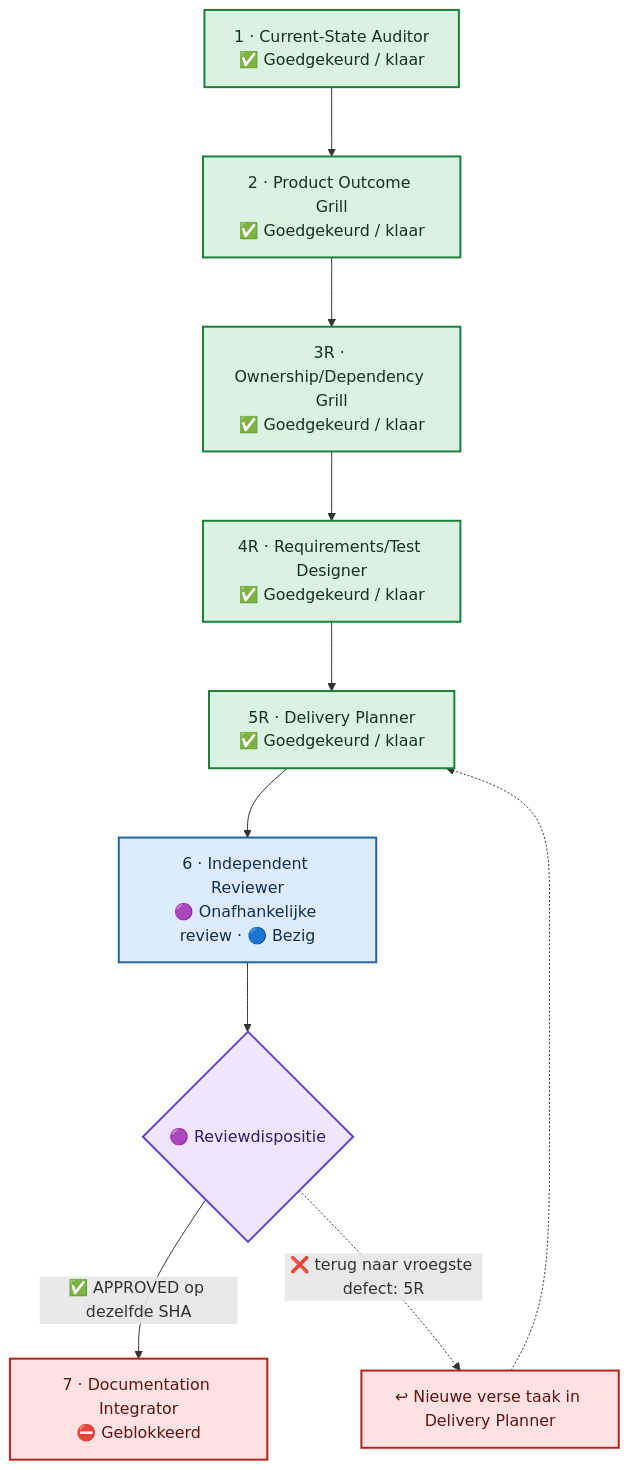
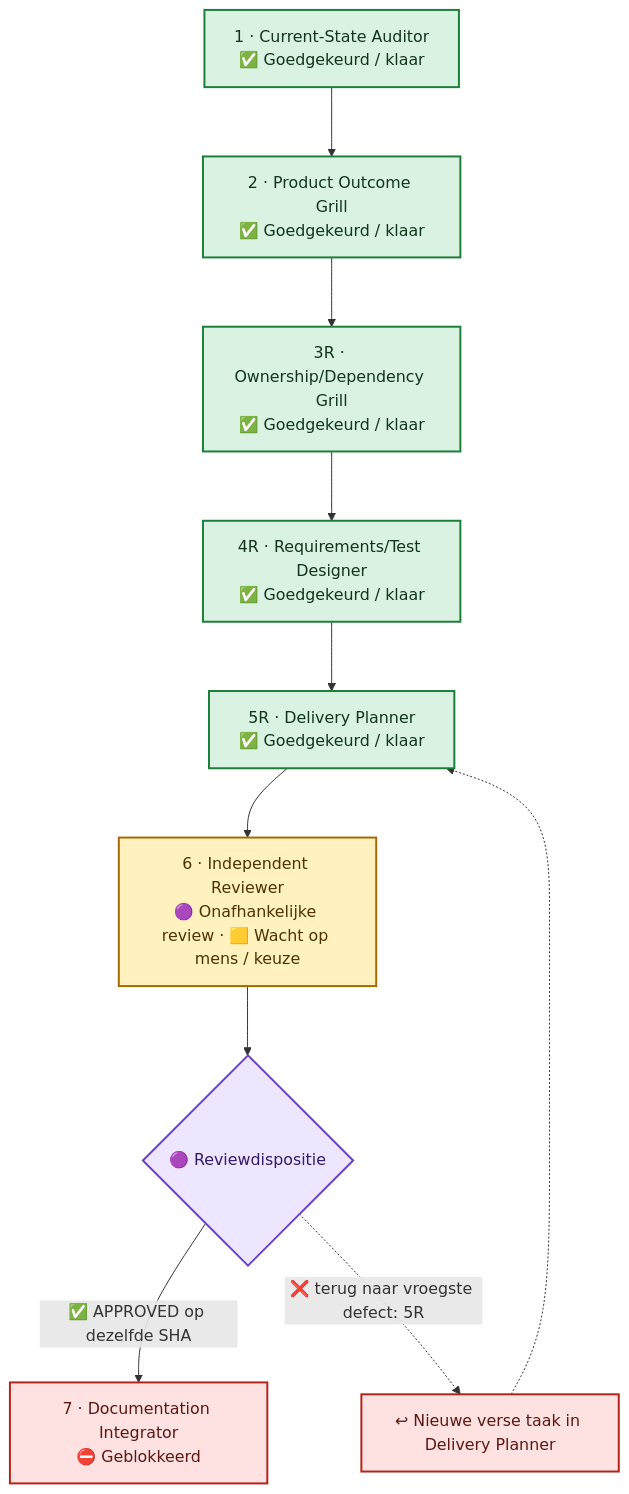
One commit to Jandesch91/n1-bioforge-requirements-cockpit changed the diagram in flow.mmd. Above: the diagram before and after it, drawn with Mermaid. The commit also changed 4 other files, not shown here.

```diff
--- a/flow.mmd
+++ b/flow.mmd
@@ -1,32 +1,32 @@
 %%{init: {"flowchart": {"curve": "basis", "nodeSpacing": 60, "rankSpacing": 70, "htmlLabels": true}}}%%
 flowchart TB
     %% A vertical main lane prevents crossing arrows. The review return uses one side lane.
     phase_1["1 · Current-State Auditor<br/>✅ Goedgekeurd / klaar"]
     phase_2["2 · Product Outcome Grill<br/>✅ Goedgekeurd / klaar"]
     phase_3r["3R · Ownership/Dependency Grill<br/>✅ Goedgekeurd / klaar"]
     phase_4r["4R · Requirements/Test Designer<br/>✅ Goedgekeurd / klaar"]
     phase_5r["5R · Delivery Planner<br/>✅ Goedgekeurd / klaar"]
-    phase_6["6 · Independent Reviewer<br/>🟣 Onafhankelijke review · 🔵 Bezig"]
+    phase_6["6 · Independent Reviewer<br/>🟣 Onafhankelijke review · 🟨 Wacht op mens / keuze"]
     phase_7["7 · Documentation Integrator<br/>⛔ Geblokkeerd"]
     phase_1 --> phase_2 --> phase_3r --> phase_4r --> phase_5r --> phase_6
     review_decision{"🟣 Reviewdispositie"}
     phase_6 --> review_decision
     review_decision -->|"✅ APPROVED op dezelfde SHA"| phase_7
     review_decision -.->|"❌ terug naar vroegste defect: 5R"| return_lane["↩ Nieuwe verse taak in Delivery Planner"]
     return_lane -.-> phase_5r
     classDef approved fill:#D9F2E1,stroke:#1B7F3A,color:#12351D,stroke-width:2px
     classDef inprogress fill:#DCEBFF,stroke:#2463A6,color:#12304F,stroke-width:2px
     classDef human fill:#FFF2BF,stroke:#A66B00,color:#4D3300,stroke-width:2px
     classDef changes fill:#FDE2E1,stroke:#B42318,color:#5D1712,stroke-width:2px
     classDef blocked fill:#FDE2E1,stroke:#B42318,color:#5D1712,stroke-width:2px
     classDef notstarted fill:#F2F4F7,stroke:#667085,color:#344054,stroke-width:2px
     classDef review fill:#EEE5FF,stroke:#6941C6,color:#321B69,stroke-width:2px
     class phase_1 approved
     class phase_2 approved
     class phase_3r approved
     class phase_4r approved
     class phase_5r approved
-    class phase_6 inprogress
+    class phase_6 human
     class phase_7 blocked
     class return_lane blocked
     class review_decision review
```
